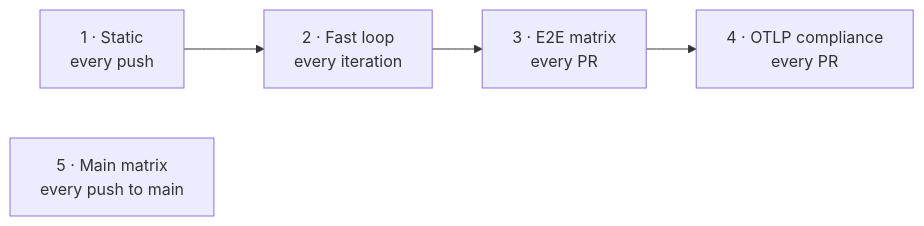
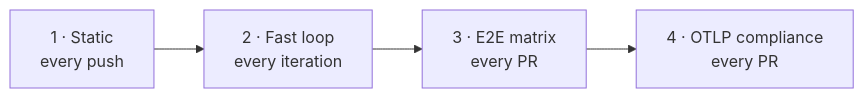
Before and after one commit to callstack/react-native-open-telemetry: the fifth of 5 diagrams in docs/superpowers/specs/2026-11-10-rn-otel-design.md, drawn with Mermaid. The commit also changed other lines of this file and 10 other files, not shown here.

First line of the commit message:
ci!: drop the main matrix; React Native 0.88 is the minimum

````diff
--- a/docs/superpowers/specs/2026-11-10-rn-otel-design.md
+++ b/docs/superpowers/specs/2026-11-10-rn-otel-design.md
@@ -752,5 +751,4 @@
 ```mermaid
 flowchart LR
   s1["1 · Static<br/>every push"] --> s2["2 · Fast loop<br/>every iteration"] --> s3["3 · E2E matrix<br/>every PR"] --> s4["4 · OTLP compliance<br/>every PR"]
-  s5["5 · Main matrix<br/>every push to main"]
 ```
````
